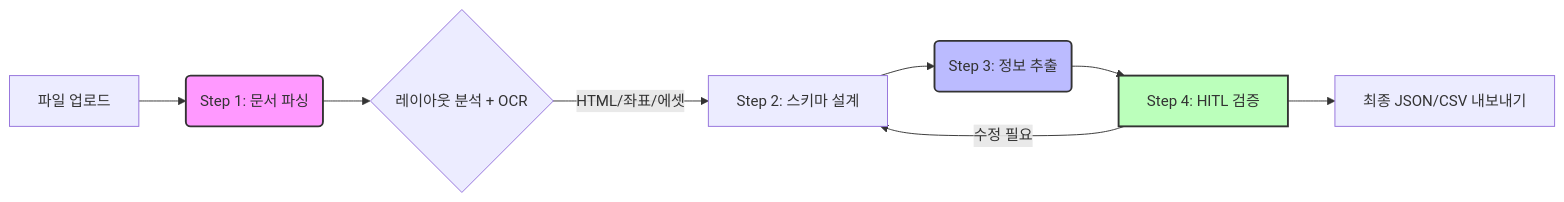
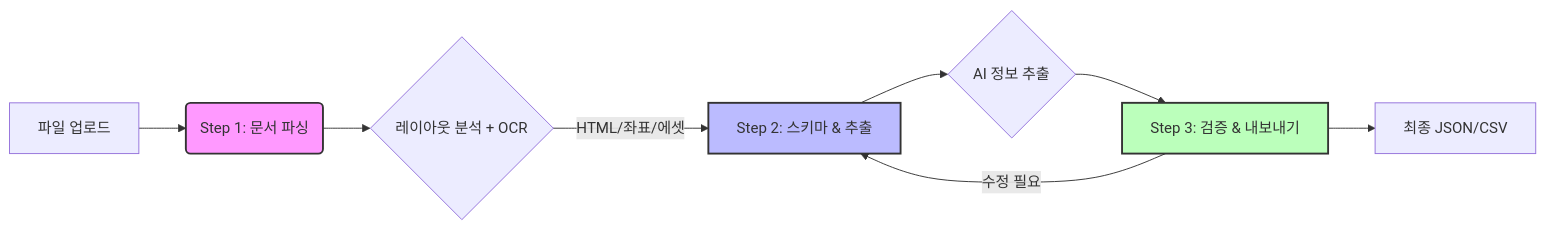
The diagram in ARCHITECTURE.md (HouuYa/upstage-docuparse-adv.-mvpv0.1), drawn with Mermaid before and after one commit. The commit also changed other lines of this file and 5 other files, not shown here.

````diff
--- a/ARCHITECTURE.md
+++ b/ARCHITECTURE.md
@@ -17,14 +17,14 @@
 ```mermaid
 graph LR
     A[파일 업로드] --> B(Step 1: 문서 파싱);
     B --> C{레이아웃 분석 + OCR};
-    C -->|HTML/좌표/에셋| D[Step 2: 스키마 설계];
-    D --> E(Step 3: 정보 추출);
-    E --> F[Step 4: HITL 검증];
+    C -->|HTML/좌표/에셋| D[Step 2: 스키마 & 추출];
+    D --> E{AI 정보 추출};
+    E --> F[Step 3: 검증 & 내보내기];
     F -->|수정 필요| D;
-    F --> G[최종 JSON/CSV 내보내기];
+    F --> G[최종 JSON/CSV];
 
     style B fill:#f9f,stroke:#333,stroke-width:2px
-    style E fill:#bbf,stroke:#333,stroke-width:2px
+    style D fill:#bbf,stroke:#333,stroke-width:2px
     style F fill:#bfb,stroke:#333,stroke-width:2px
 ```
````
